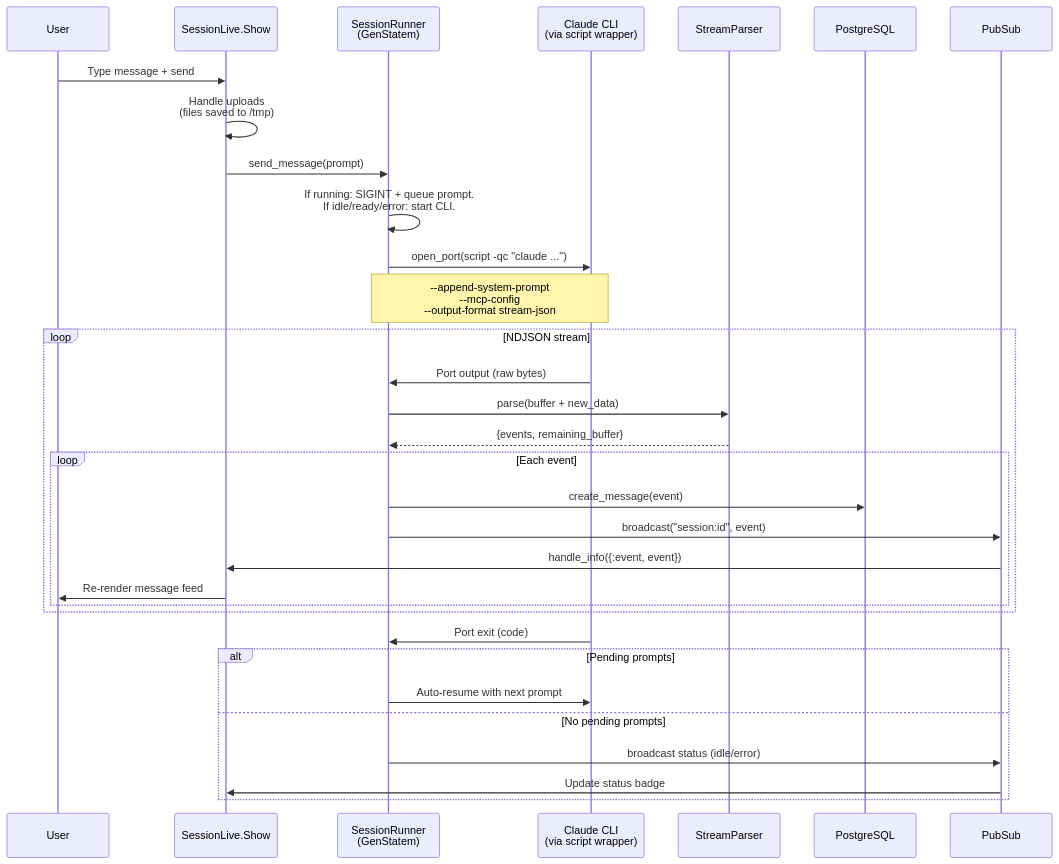
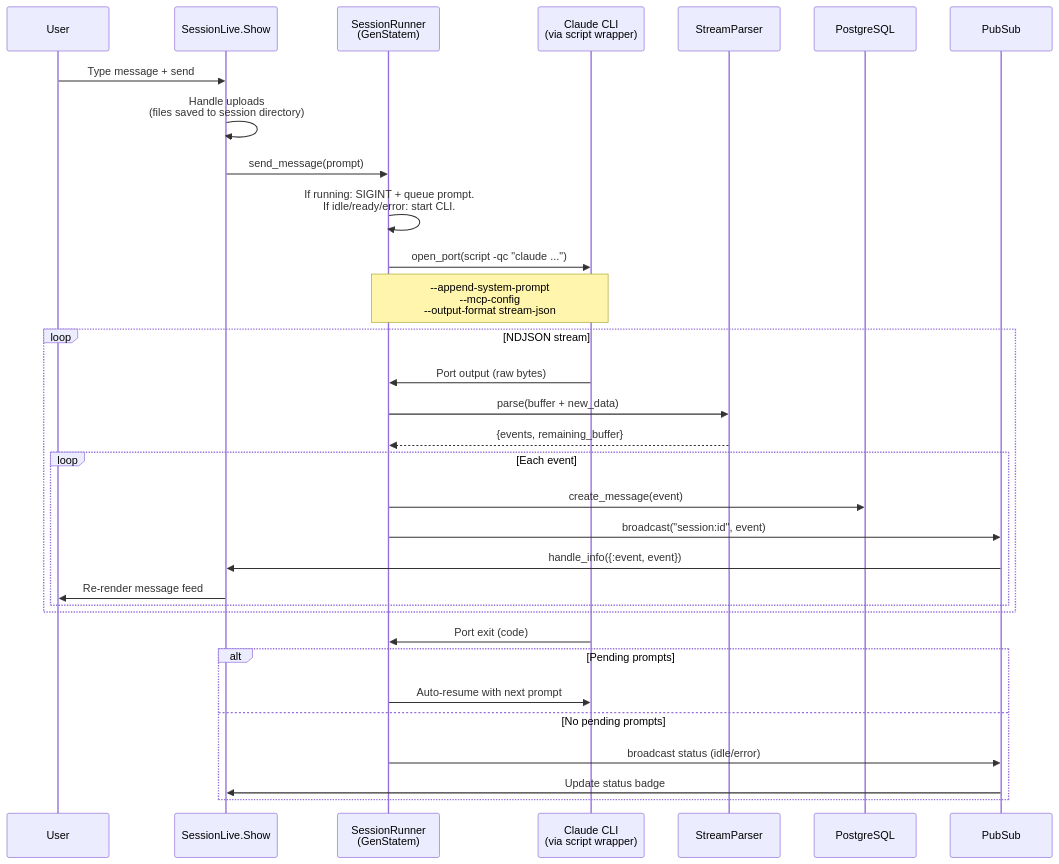
The first of 2 diagrams in .context/message-flow.md (zingbretsen/orca_hub), drawn with Mermaid before and after one commit. The commit also changed 4 other files, not shown here.

First line of the commit message:
Nightly code quality: fix Port.info race condition, update diagrams, add k8s manifests

````diff
--- a/.context/message-flow.md
+++ b/.context/message-flow.md
@@ -5,39 +5,39 @@
 ```mermaid
 sequenceDiagram
     participant User
     participant LiveView as SessionLive.Show
     participant Runner as SessionRunner<br>(GenStatem)
     participant CLI as Claude CLI<br>(via script wrapper)
     participant Parser as StreamParser
     participant DB as PostgreSQL
     participant PubSub
 
     User->>LiveView: Type message + send
-    LiveView->>LiveView: Handle uploads<br>(files saved to /tmp)
+    LiveView->>LiveView: Handle uploads<br>(files saved to session directory)
     LiveView->>Runner: send_message(prompt)
     Runner->>Runner: If running: SIGINT + queue prompt.<br>If idle/ready/error: start CLI.
 
     Runner->>CLI: open_port(script -qc "claude ...")
     Note over Runner,CLI: --append-system-prompt<br>--mcp-config<br>--output-format stream-json
 
     loop NDJSON stream
         CLI->>Runner: Port output (raw bytes)
         Runner->>Parser: parse(buffer + new_data)
         Parser-->>Runner: {events, remaining_buffer}
 
         loop Each event
             Runner->>DB: create_message(event)
             Runner->>PubSub: broadcast("session:id", event)
             PubSub->>LiveView: handle_info({:event, event})
             LiveView->>User: Re-render message feed
         end
     end
 
     CLI->>Runner: Port exit (code)
     alt Pending prompts
         Runner->>CLI: Auto-resume with next prompt
     else No pending prompts
         Runner->>PubSub: broadcast status (idle/error)
         PubSub->>LiveView: Update status badge
     end
 ```
````
